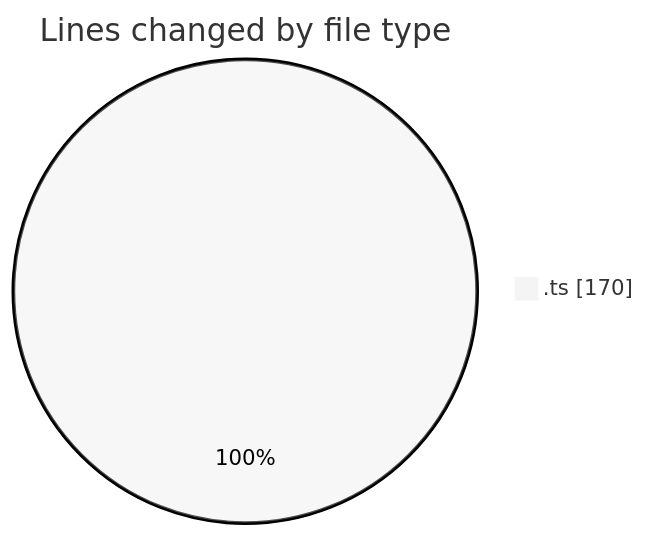
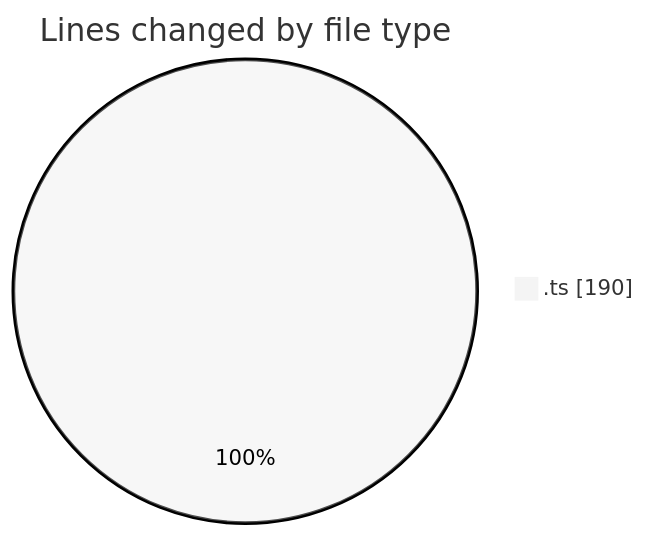
The first of 2 diagrams in 2025-06-24/cda/README.md (momahboobian/code-tracking), drawn with Mermaid (neutral theme) before and after one commit. The commit also changed other lines of this file and 1 other file, not shown here.

````diff
--- a/2025-06-24/cda/README.md
+++ b/2025-06-24/cda/README.md
@@ -20,5 +20,5 @@
 ```mermaid
 pie showData
 title Lines changed by file type
-".ts" : 170
+".ts" : 190
 ```
````
